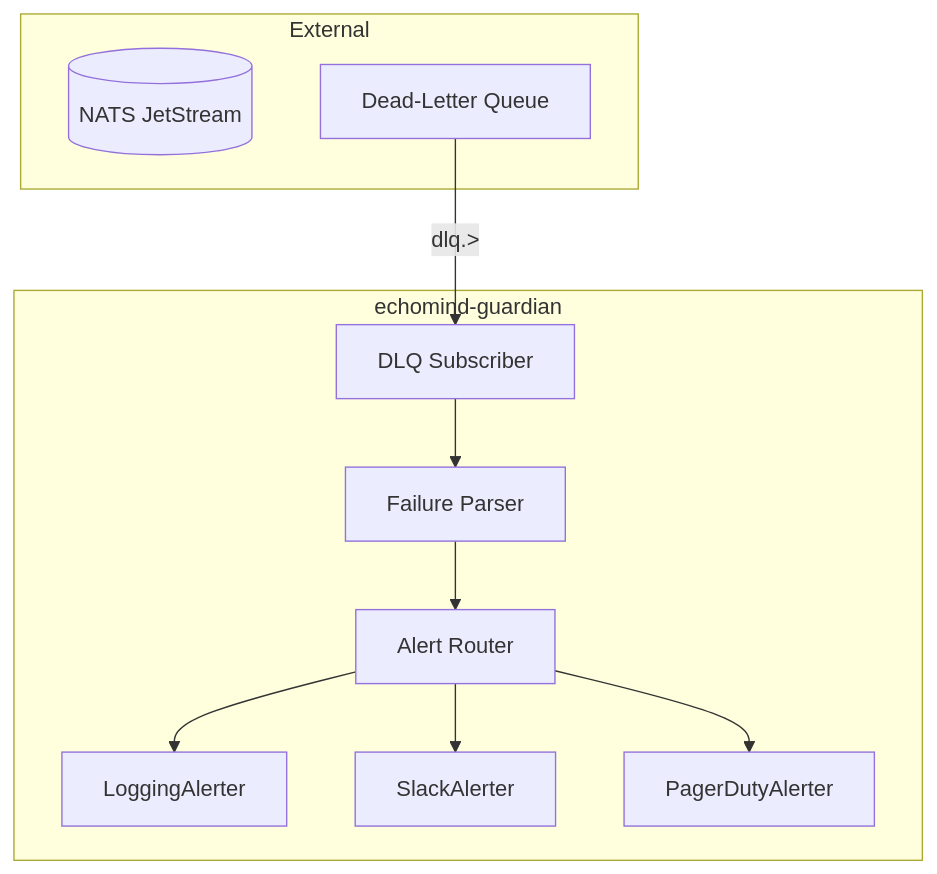
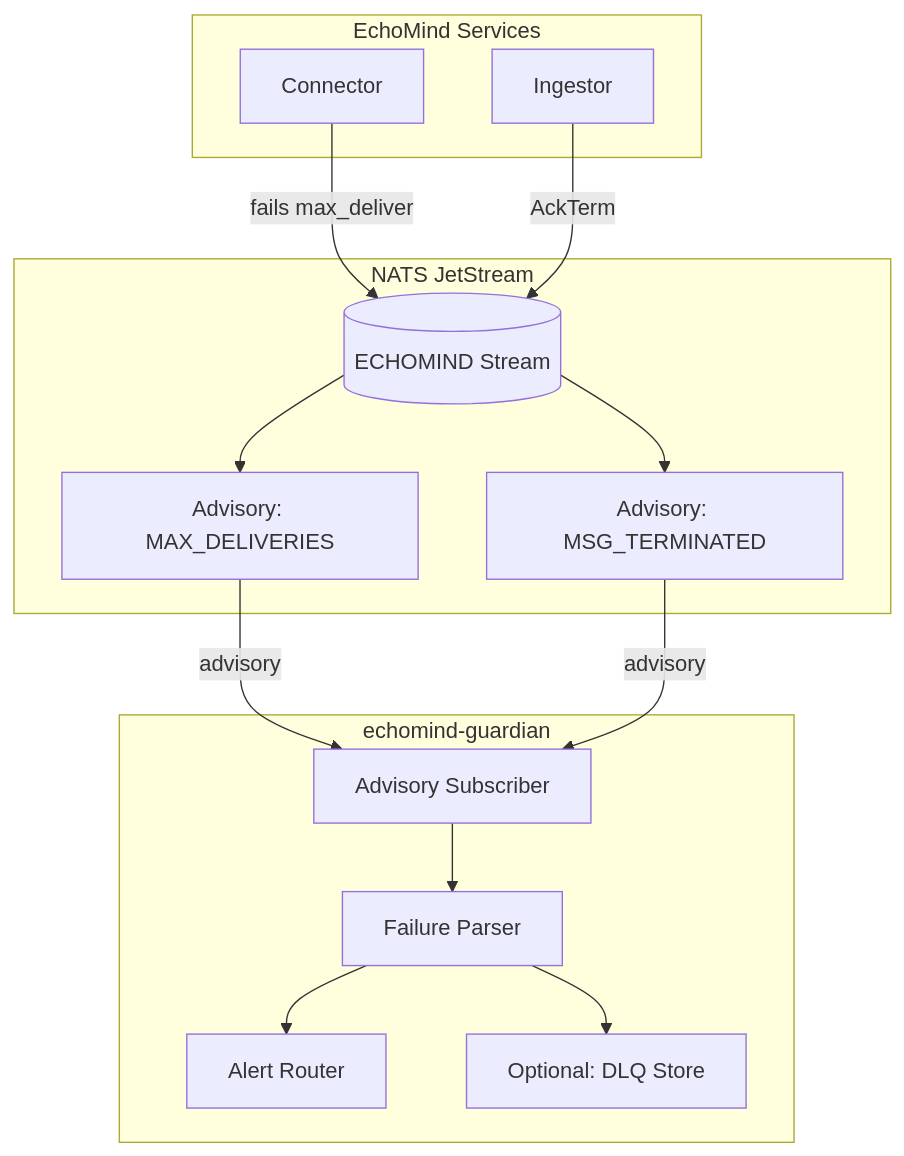
The first of 3 diagrams in docs/services/guardian-service.md (gen-mind/echo-mind), drawn with Mermaid before and after one commit. The commit also changed other lines of this file and 38 other files, not shown here.

````diff
--- a/docs/services/guardian-service.md
+++ b/docs/services/guardian-service.md
@@ -25,23 +32,30 @@
 ```mermaid
 flowchart TB
+    subgraph Services["EchoMind Services"]
+        CONN[Connector]
+        ING[Ingestor]
+    end
+
+    subgraph NATS["NATS JetStream"]
+        STREAM[(ECHOMIND Stream)]
+        ADV_MAX["Advisory: MAX_DELIVERIES"]
+        ADV_TERM["Advisory: MSG_TERMINATED"]
+    end
+
     subgraph GuardianService["echomind-guardian"]
-        NATS_SUB[DLQ Subscriber]
+        SUB[Advisory Subscriber]
         PARSER[Failure Parser]
         ALERTERS[Alert Router]
-        LOG[LoggingAlerter]
-        SLACK[SlackAlerter]
-        PAGER[PagerDutyAlerter]
+        STORE[Optional: DLQ Store]
     end
 
-    subgraph External
-        NATS[(NATS JetStream)]
-        DLQ[Dead-Letter Queue]
-    end
-
-    DLQ -->|dlq.>| NATS_SUB
-    NATS_SUB --> PARSER
+    CONN -->|fails max_deliver| STREAM
+    ING -->|AckTerm| STREAM
+    STREAM --> ADV_MAX
+    STREAM --> ADV_TERM
+    ADV_MAX -->|advisory| SUB
+    ADV_TERM -->|advisory| SUB
+    SUB --> PARSER
     PARSER --> ALERTERS
-    ALERTERS --> LOG
-    ALERTERS --> SLACK
-    ALERTERS --> PAGER
+    PARSER --> STORE
 ```
````
